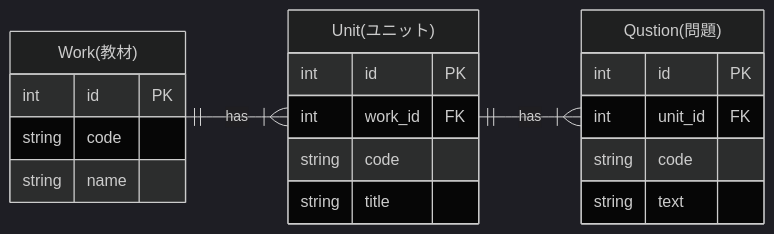
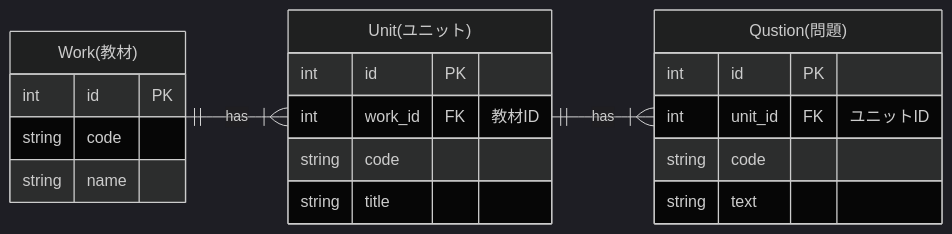
The fourth of 7 diagrams in slides/20260108bpstyle/index.md (takanory/slides), drawn with Mermaid (dark theme) before and after one commit. The commit also changed other lines of this file, not shown here.

````diff
--- a/slides/20260108bpstyle/index.md
+++ b/slides/20260108bpstyle/index.md
@@ -281,23 +281,23 @@
 ```{mermaid}
 erDiagram
     direction LR
     Work ||--|{ Unit : has
     Unit ||--|{ Question : has
     Work["Work(教材)"] {
         int id PK
         string code
         string name
     }
     Unit["Unit(ユニット)"] {
         int id PK
-        int work_id FK
+        int work_id FK "教材ID"
         string code
         string title
     }
     Question["Qustion(問題)"] {
         int id PK
-        int unit_id FK
+        int unit_id FK "ユニットID"
         string code
         string text
     }
 ```
````
